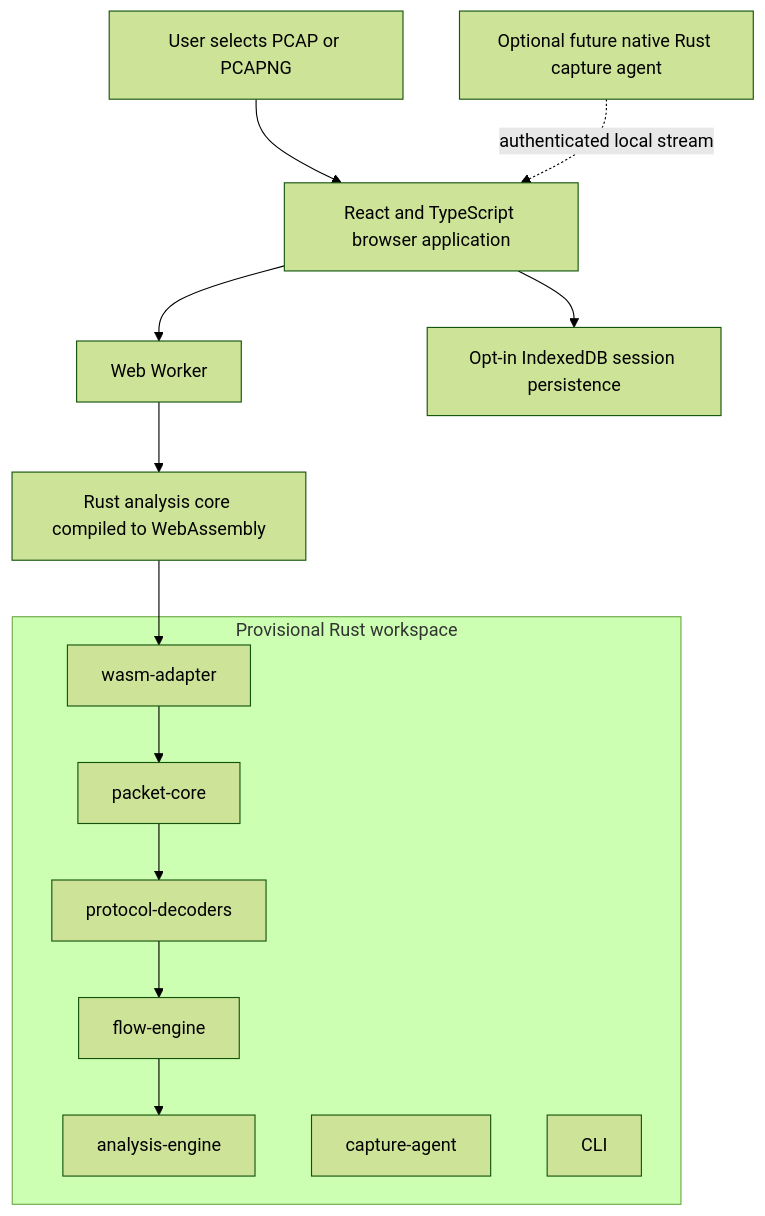
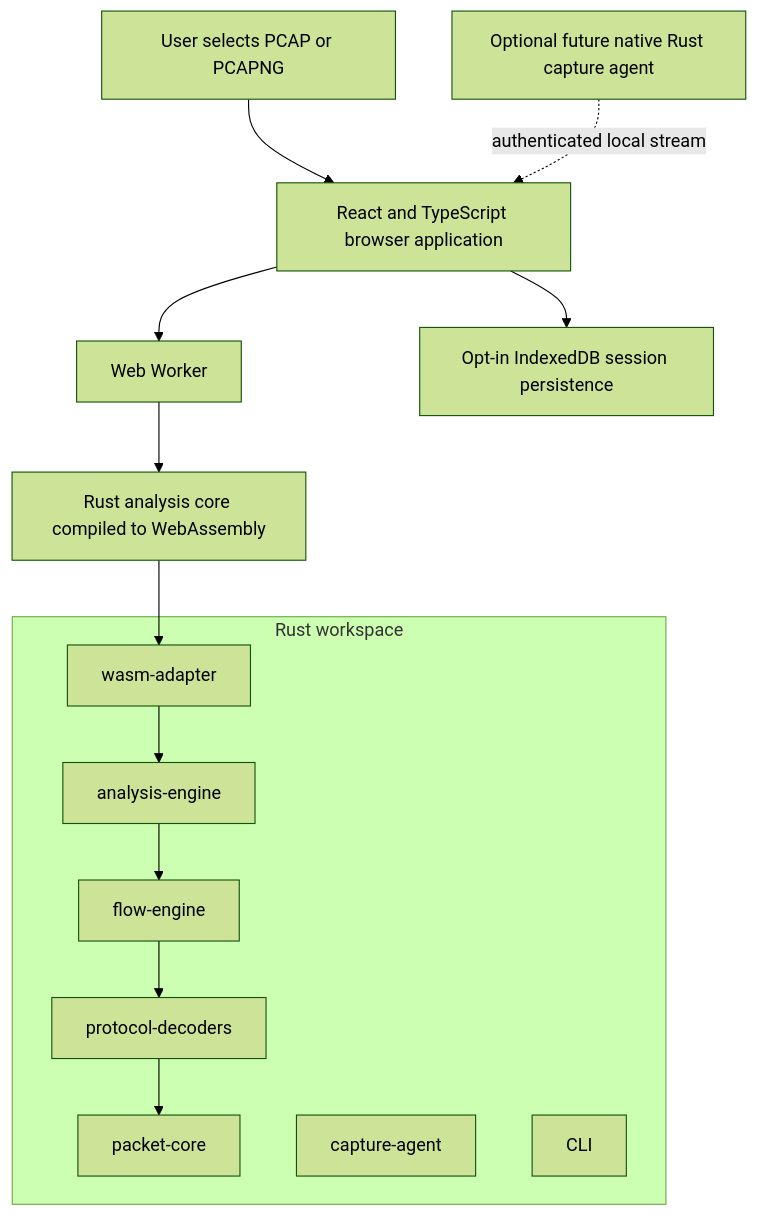
One commit to khvedela/wirelens changed the diagram in README.md. Above: the diagram before and after it, drawn with Mermaid (forest theme). The commit also changed other lines of this file and 39 other files, not shown here.

````diff
--- a/README.md
+++ b/README.md
@@ -42,24 +42,24 @@
 ```mermaid
 flowchart TB
     User["User selects PCAP or PCAPNG"] --> Browser["React and TypeScript browser application"]
     Browser --> Worker["Web Worker"]
     Worker --> Wasm["Rust analysis core compiled to WebAssembly"]
     Browser --> DB["Opt-in IndexedDB session persistence"]
     Agent["Optional future native Rust capture agent"] -. "authenticated local stream" .-> Browser
 
-    subgraph RustWorkspace["Provisional Rust workspace"]
+    subgraph RustWorkspace["Rust workspace"]
         PacketCore["packet-core"]
         Decoders["protocol-decoders"]
         Flow["flow-engine"]
         Analysis["analysis-engine"]
         Adapter["wasm-adapter"]
         Capture["capture-agent"]
         CLI["CLI"]
     end
 
     Wasm --> Adapter
-    Adapter --> PacketCore
-    PacketCore --> Decoders
-    Decoders --> Flow
-    Flow --> Analysis
+    Adapter --> Analysis
+    Analysis --> Flow
+    Flow --> Decoders
+    Decoders --> PacketCore
 ```
````
